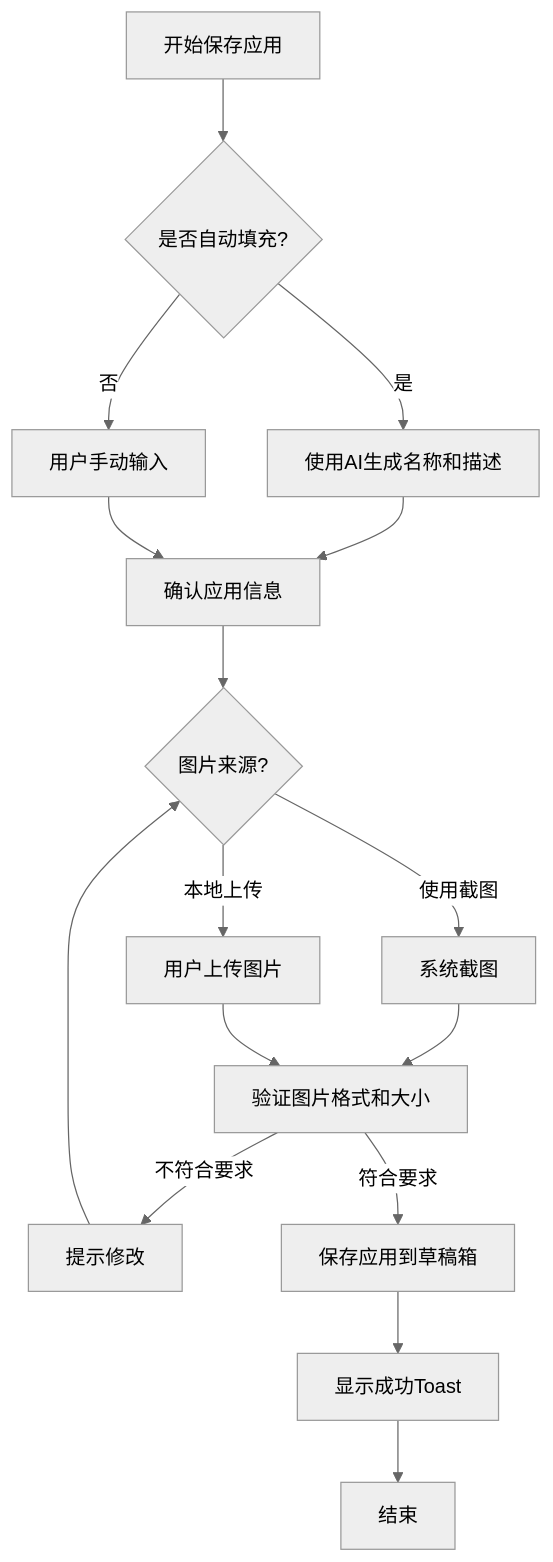
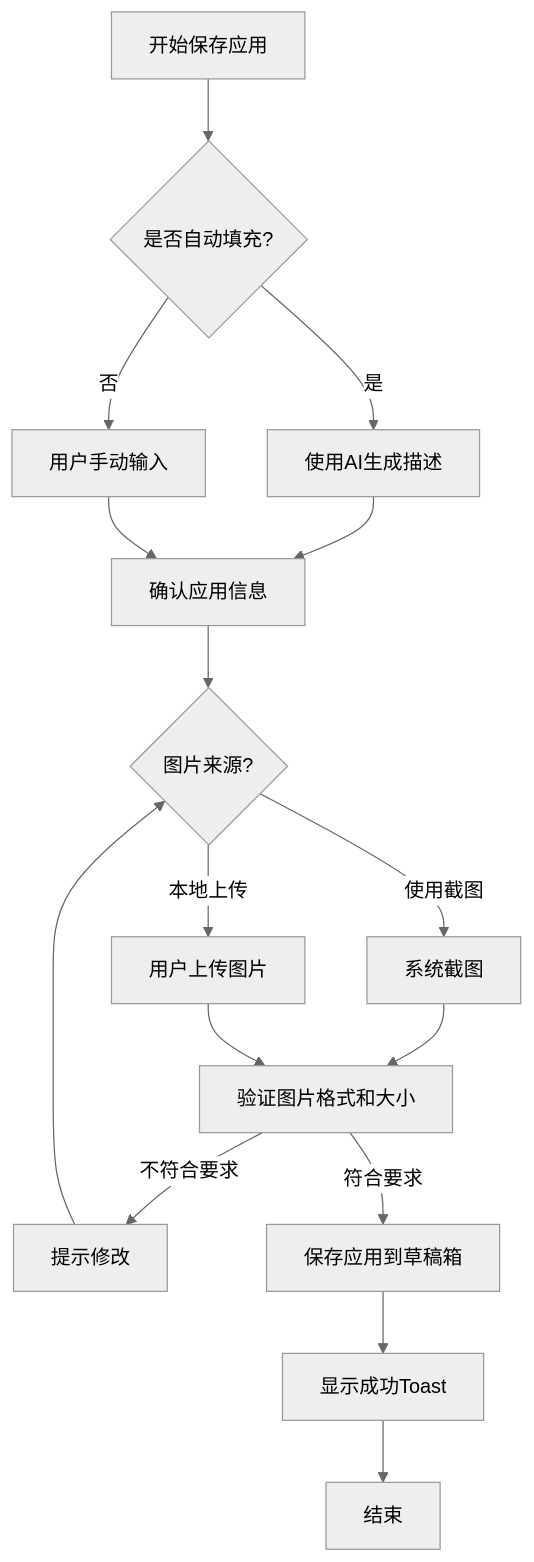
The diagram in all/未命名-65.md (yingjianzh/iodraw-files), drawn with Mermaid (neutral theme) before and after one commit.

Commit message:
2025-05-22 11:10:43 update

````diff
--- a/all/未命名-65.md
+++ b/all/未命名-65.md
@@ -1,18 +1,18 @@
 ```mermaid
 flowchart TD
     A[开始保存应用] --> B{是否自动填充?}
-    B -->|是| C[使用AI生成名称和描述]
+    B -->|是| C[使用AI生成描述]
     B -->|否| D[用户手动输入]
     C --> E[确认应用信息]
     D --> E
     E --> F{图片来源?}
     F -->|使用截图| G[系统截图]
     F -->|本地上传| H[用户上传图片]
     G --> I[验证图片格式和大小]
     H --> I
     I -->|不符合要求| J[提示修改]
     J --> F
     I -->|符合要求| K[保存应用到草稿箱]
     K --> L[显示成功Toast]
     L --> M[结束]
 ```
````
